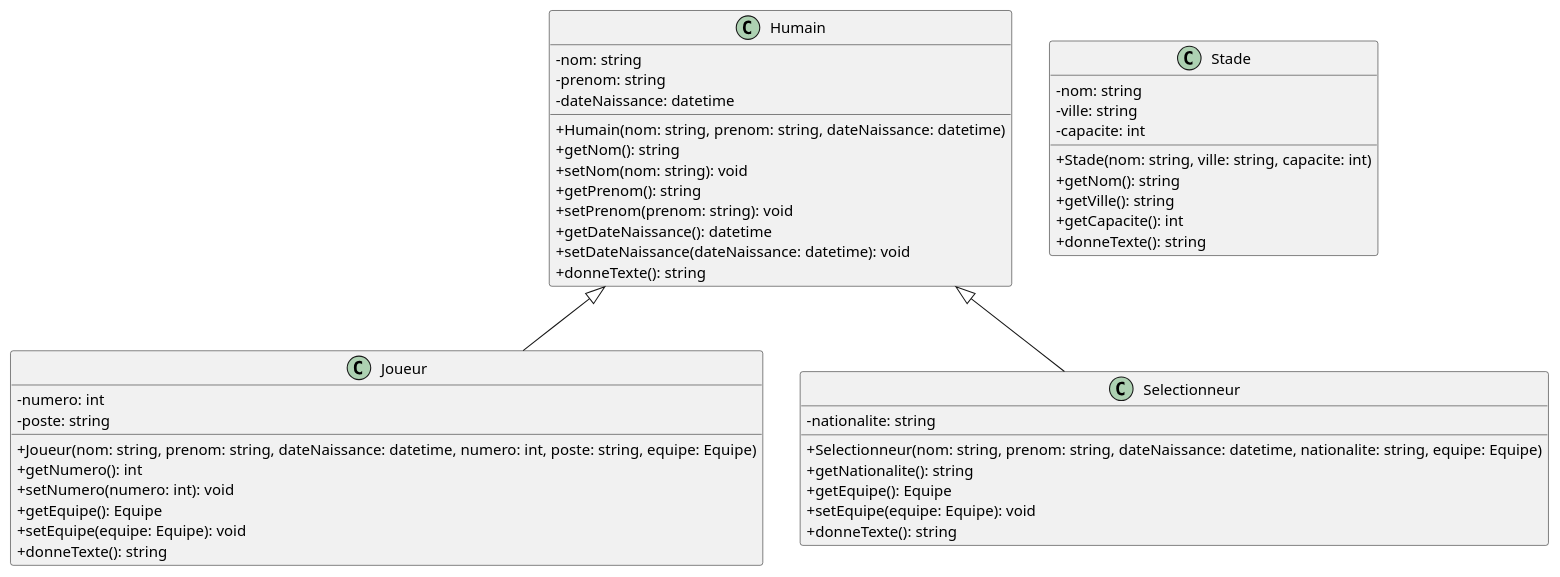
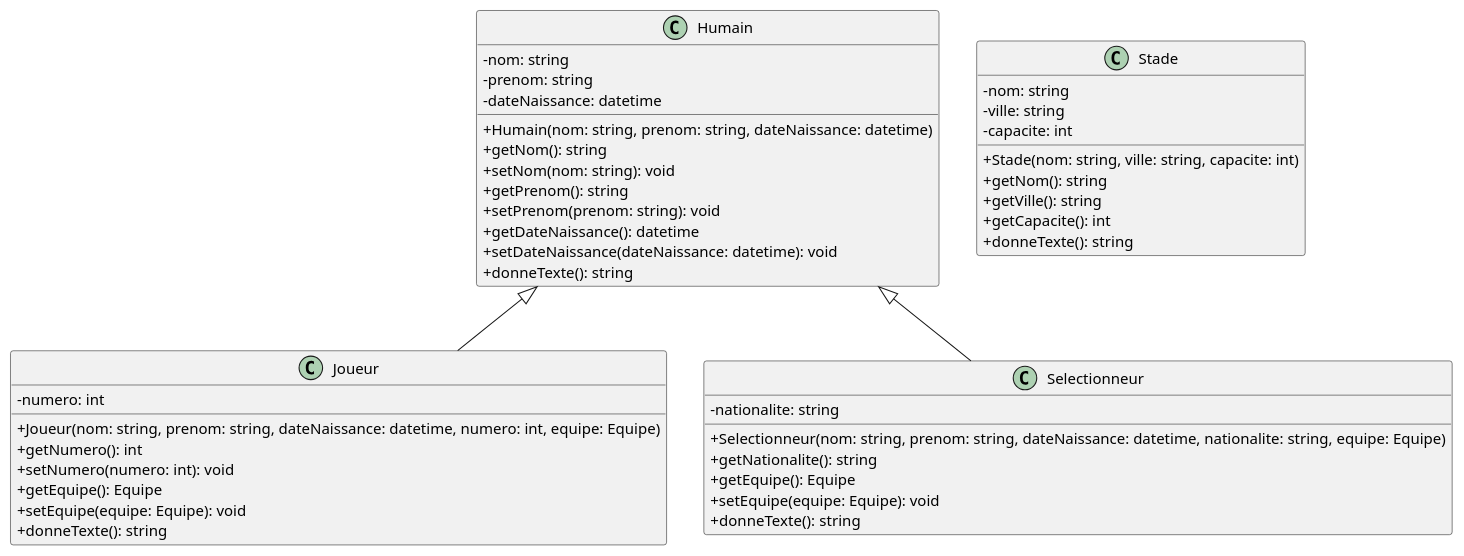
Before and after one commit to jeanbaptisteaubry/Con-2024-2025-Foot: the diagram in 3.plantuml, drawn with PlantUML. The commit also changed 6 other files, not shown here.

```diff
--- a/3.plantuml
+++ b/3.plantuml
@@ -1,48 +1,47 @@
 @startuml
 skinparam classAttributeIconSize 0
 class Humain {
  -nom: string
     -prenom: string
     -dateNaissance: datetime
     +Humain(nom: string, prenom: string, dateNaissance: datetime)
     +getNom(): string
     +setNom(nom: string): void
     +getPrenom(): string
     +setPrenom(prenom: string): void
     +getDateNaissance(): datetime
     +setDateNaissance(dateNaissance: datetime): void
     +donneTexte(): string
 }
 class Stade{
     -nom: string
     -ville: string
     -capacite: int
     +Stade(nom: string, ville: string, capacite: int)
     +getNom(): string
     +getVille(): string
     +getCapacite(): int
     +donneTexte(): string
 }
 
 Humain <|-- Joueur
 class Joueur{
     -numero: int
-    -poste: string
-    +Joueur(nom: string, prenom: string, dateNaissance: datetime, numero: int, poste: string, equipe: Equipe)
+    +Joueur(nom: string, prenom: string, dateNaissance: datetime, numero: int, equipe: Equipe)
     +getNumero(): int
     +setNumero(numero: int): void
     +getEquipe(): Equipe
     +setEquipe(equipe: Equipe): void
     +donneTexte(): string
 }
 
 Humain <|-- Selectionneur
 class Selectionneur{
     -nationalite: string
     +Selectionneur(nom: string, prenom: string, dateNaissance: datetime, nationalite: string, equipe: Equipe)
     +getNationalite(): string
     +getEquipe(): Equipe
     +setEquipe(equipe: Equipe): void
     +donneTexte(): string
 }
 @enduml
```
